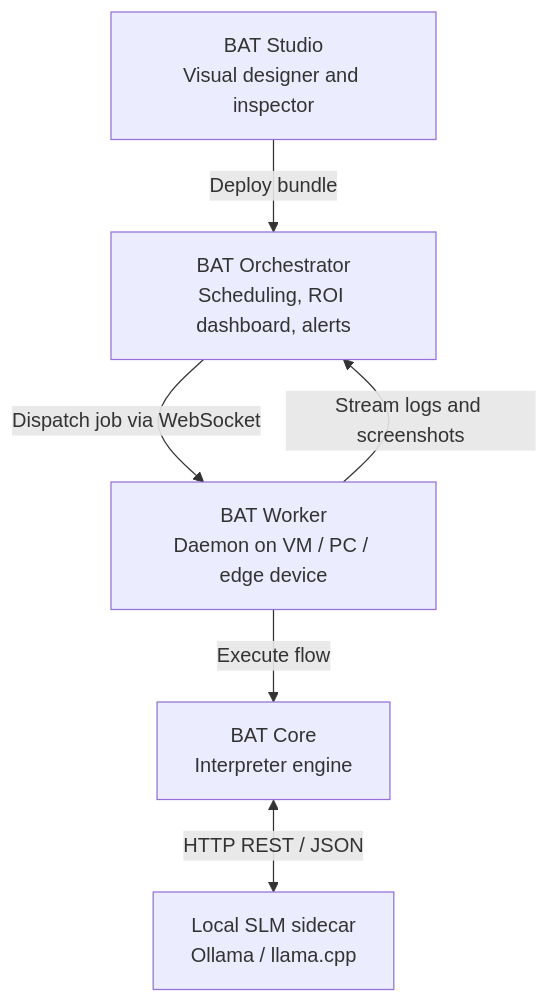
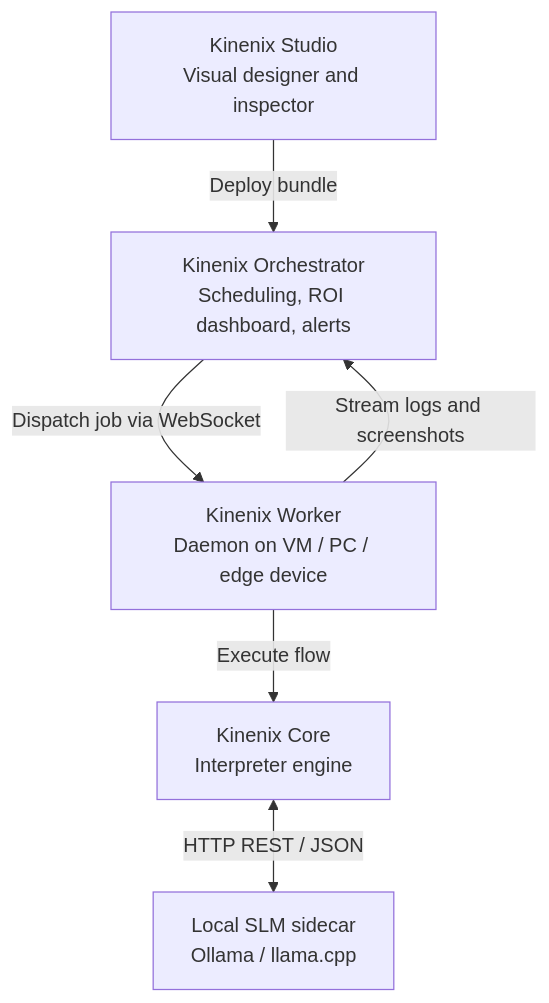
Before and after one commit to arttopix/Kinenix: the second of 3 diagrams in docs/architecture.md, drawn with Mermaid. The commit also changed other lines of this file and 155 other files, not shown here.

````diff
--- a/docs/architecture.md
+++ b/docs/architecture.md
@@ -44,8 +44,8 @@
 ```mermaid
 graph TD
-    Studio["BAT Studio<br>Visual designer and inspector"] -->|Deploy bundle| Orchestrator["BAT Orchestrator<br>Scheduling, ROI dashboard, alerts"]
-    Orchestrator -->|Dispatch job via WebSocket| Worker["BAT Worker<br>Daemon on VM / PC / edge device"]
-    Worker -->|Execute flow| Core["BAT Core<br>Interpreter engine"]
+    Studio["Kinenix Studio<br>Visual designer and inspector"] -->|Deploy bundle| Orchestrator["Kinenix Orchestrator<br>Scheduling, ROI dashboard, alerts"]
+    Orchestrator -->|Dispatch job via WebSocket| Worker["Kinenix Worker<br>Daemon on VM / PC / edge device"]
+    Worker -->|Execute flow| Core["Kinenix Core<br>Interpreter engine"]
     Core <-->|HTTP REST / JSON| AI["Local SLM sidecar<br>Ollama / llama.cpp"]
     Worker -->|Stream logs and screenshots| Orchestrator
 ```
````
